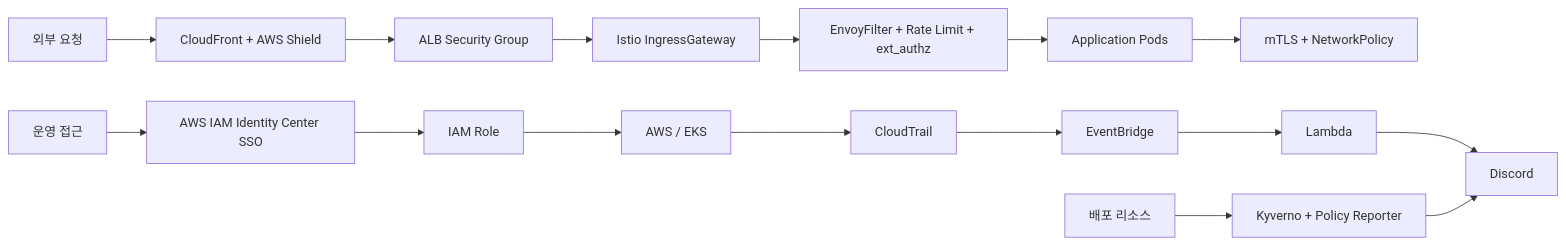
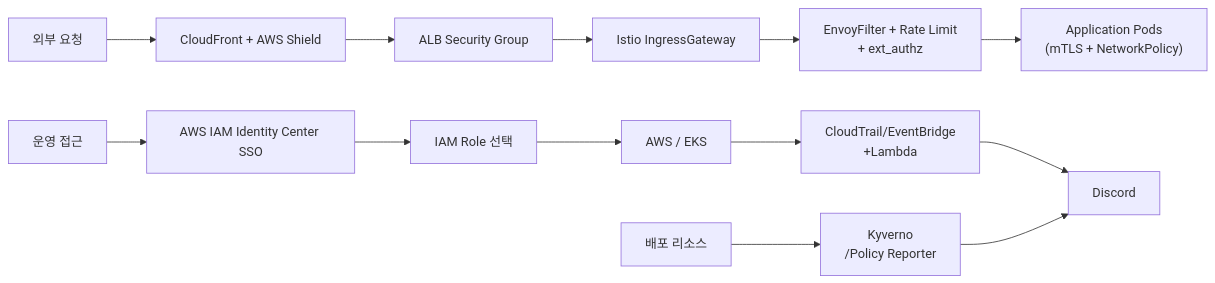
One commit to goorm-gongbang/001-finalPR changed the third of 3 diagrams in docs/content/infrastructure/architecture.md. Above: the diagram before and after it, drawn with Mermaid. The commit also changed other lines of this file, not shown here.

````diff
--- a/docs/content/infrastructure/architecture.md
+++ b/docs/content/infrastructure/architecture.md
@@ -84,20 +84,17 @@
 ```mermaid
 flowchart LR
     USER["외부 요청"] --> EDGE["CloudFront + AWS Shield"]
     EDGE --> ALB["ALB Security Group"]
     ALB --> GW["Istio IngressGateway"]
-    GW --> WAF["EnvoyFilter + Rate Limit + ext_authz"]
-    WAF --> APP["Application Pods"]
-    APP --> MESH["mTLS + NetworkPolicy"]
+    GW --> WAF["EnvoyFilter + Rate Limit<br> + ext_authz"]
+    WAF --> APP["Application Pods<br>(mTLS + NetworkPolicy)"]
 
     OPS["운영 접근"] --> SSO["AWS IAM Identity Center SSO"]
-    SSO --> ROLE["IAM Role"]
+    SSO --> ROLE["IAM Role 선택"]
     ROLE --> AWS["AWS / EKS"]
 
-    DEPLOY["배포 리소스"] --> POLICY["Kyverno + Policy Reporter"]
-    AWS --> TRAIL["CloudTrail"]
-    TRAIL --> EB["EventBridge"]
-    EB --> LAMBDA["Lambda"]
-    LAMBDA --> DISC["Discord"]
+    DEPLOY["배포 리소스"] --> POLICY["Kyverno <br> /Policy Reporter"]
+    AWS --> TRAILEB["CloudTrail/EventBridge<br>+Lambda"]
+    TRAILEB --> DISC["Discord"]
     POLICY --> DISC
 ```
````
